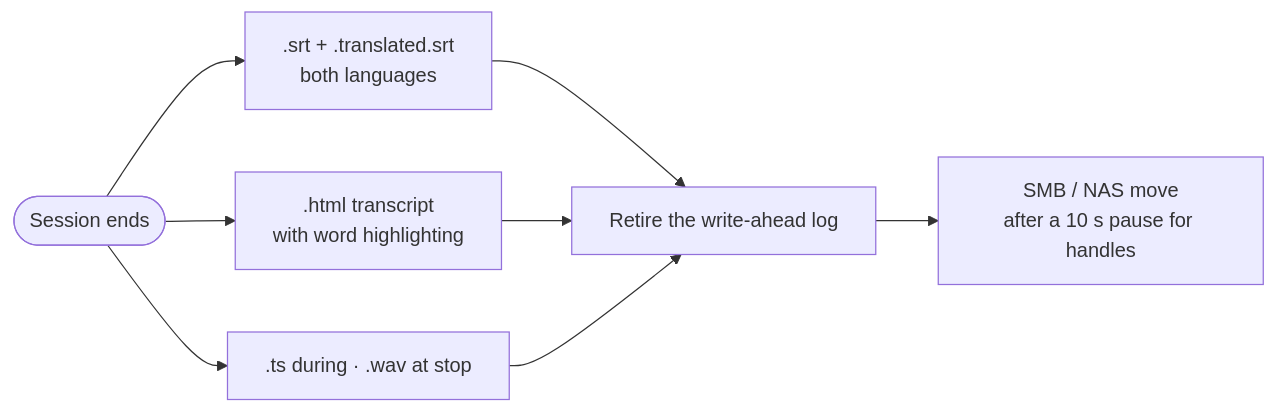
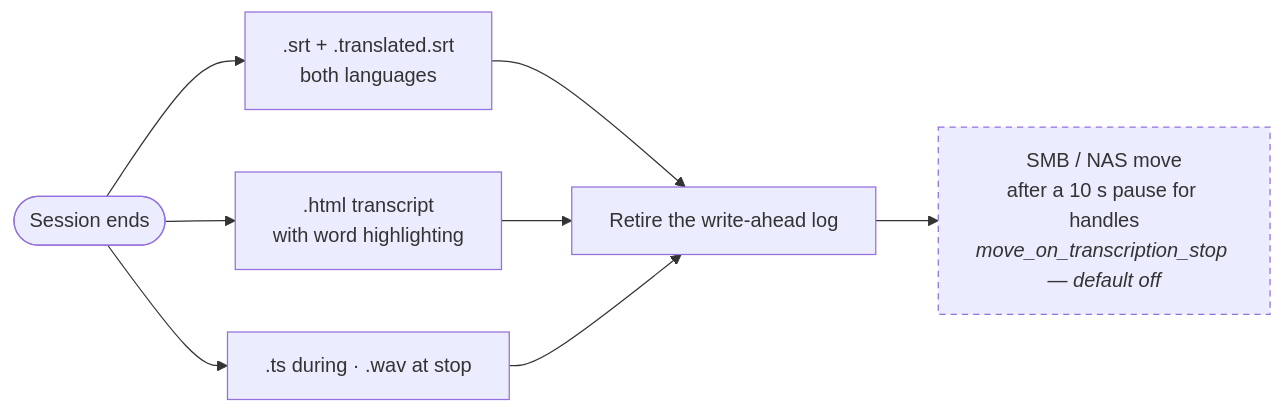
One commit to ChurchPresenter/STT changed diagram 11 of 11 in PIPELINE.md. Above: the diagram before and after it, drawn with Mermaid. The commit also changed other lines of this file, not shown here.

````diff
--- a/PIPELINE.md
+++ b/PIPELINE.md
@@ -506,11 +565,14 @@
 ```mermaid
 flowchart LR
     S(["Session ends"])
     S --> A[".srt + .translated.srt<br/>both languages"]
     S --> B[".html transcript<br/>with word highlighting"]
     S --> C[".ts during · .wav at stop"]
     A --> W["Retire the write-ahead log"]
     B --> W
     C --> W
-    W --> M["SMB / NAS move<br/>after a 10 s pause for handles"]
+    W --> M["SMB / NAS move<br/>after a 10 s pause for handles<br/><i>move_on_transcription_stop — default off</i>"]
+
+    classDef optin stroke-dasharray:5 4;
+    class M optin;
 ```
````
